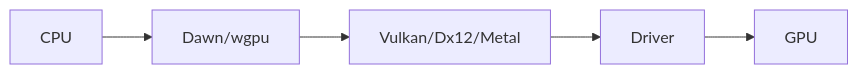
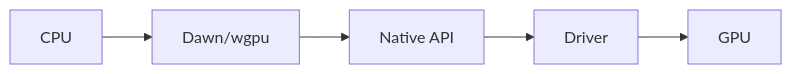
Before and after one commit to Bromles/wgpu-tutorial: the third of 3 diagrams in docs/index.md, drawn with Mermaid. The commit also changed other lines of this file, not shown here.

````diff
--- a/docs/index.md
+++ b/docs/index.md
@@ -75,4 +101,4 @@
 ```mermaid
 flowchart LR
-    CPU --> Dawn/wgpu --> Vulkan/Dx12/Metal --> Driver --> GPU
+    CPU --> Dawn/wgpu --> Native["Native API "] --> Driver --> GPU
 ```
````
